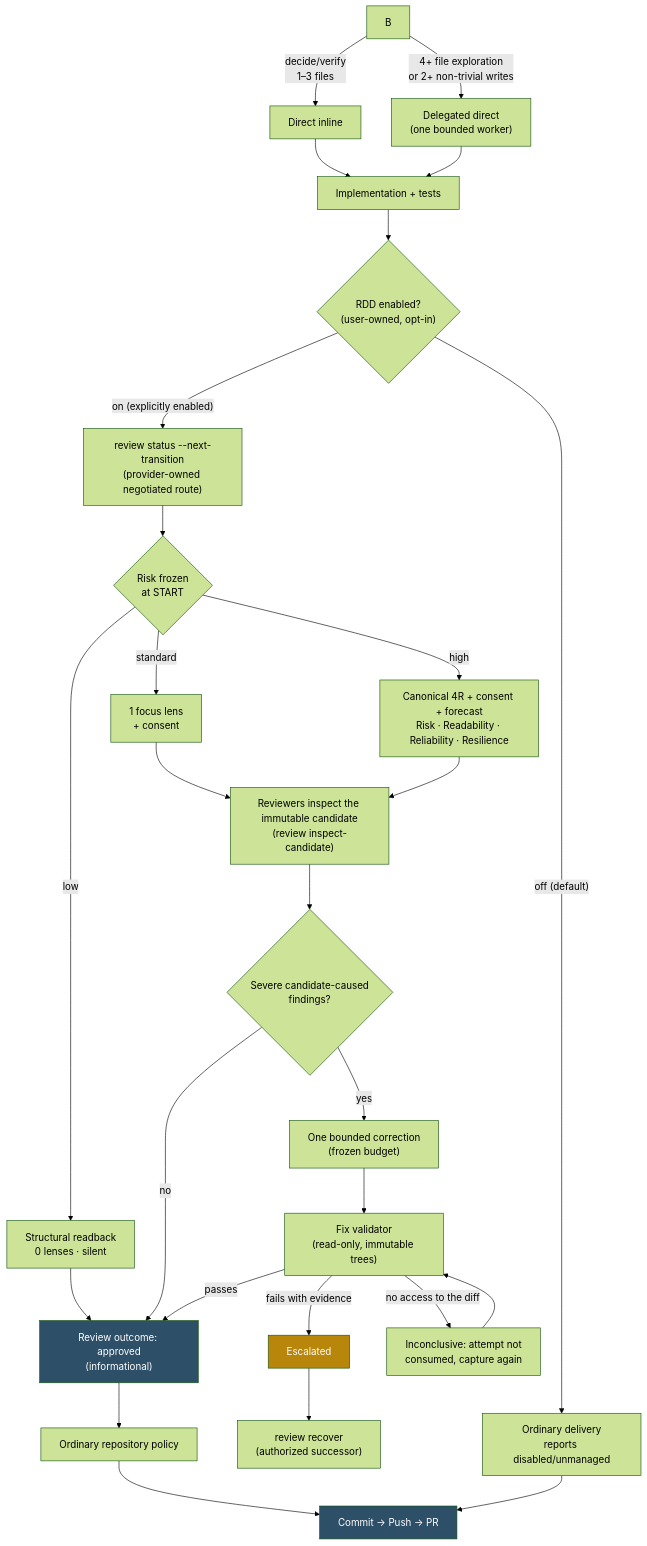
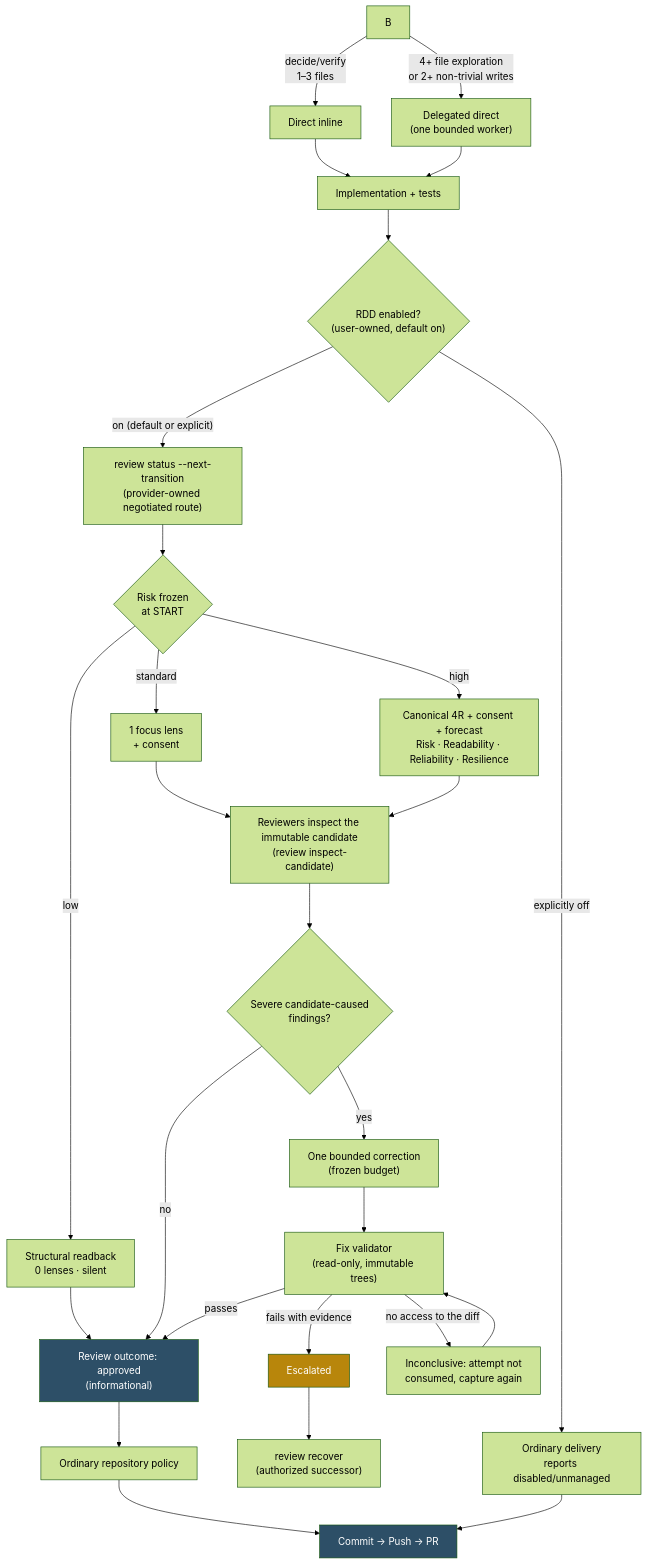
Before and after one commit to Alexma03/gentle-ai: the first of 2 diagrams in README.md, drawn with Mermaid (forest theme). The commit also changed other lines of this file and 18 other files, not shown here.

Commit message:
feat(review): enable RDD by default in personal fork

````diff
--- a/README.md
+++ b/README.md
@@ -85,33 +85,33 @@
 ```mermaid
 flowchart TD
     B -->|"decide/verify<br/>1–3 files"| C["Direct inline"]
     B -->|"4+ file exploration<br/>or 2+ non-trivial writes"| D["Delegated direct<br/>(one bounded worker)"]
     C --> E["Implementation + tests"]
     D --> E
-    E --> F{"RDD enabled?<br/>(user-owned, opt-in)"}
-    F -->|"off (default)"| Z["Ordinary delivery<br/>reports disabled/unmanaged"]
-    F -->|"on (explicitly enabled)"| G["review status --next-transition<br/>(provider-owned negotiated route)"]
+    E --> F{"RDD enabled?<br/>(user-owned, default on)"}
+    F -->|"explicitly off"| Z["Ordinary delivery<br/>reports disabled/unmanaged"]
+    F -->|"on (default or explicit)"| G["review status --next-transition<br/>(provider-owned negotiated route)"]
     G --> H{"Risk frozen<br/>at START"}
     H -->|"low"| I["Structural readback<br/>0 lenses · silent"]
     H -->|"standard"| J["1 focus lens<br/>+ consent"]
     H -->|"high"| K["Canonical 4R + consent + forecast<br/>Risk · Readability · Reliability · Resilience"]
     J --> L["Reviewers inspect the immutable candidate<br/>(review inspect-candidate)"]
     K --> L
     L --> M{"Severe candidate-caused<br/>findings?"}
     I --> N["Review outcome: approved<br/>(informational)"]
     M -->|"no"| N
     M -->|"yes"| O["One bounded correction<br/>(frozen budget)"]
     O --> P["Fix validator<br/>(read-only, immutable trees)"]
     P -->|"passes"| N
     P -->|"fails with evidence"| Q["Escalated"]
     P -->|"no access to the diff"| R["Inconclusive: attempt not<br/>consumed, capture again"]
     R --> P
     Q --> S["review recover<br/>(authorized successor)"]
     N --> T["Ordinary repository policy"]
     T --> U["Commit → Push → PR"]
     Z --> U
 
     style N fill:#2D4F67,color:#fff
     style Q fill:#B8860B,color:#fff
     style U fill:#2D4F67,color:#fff
 ```
````
